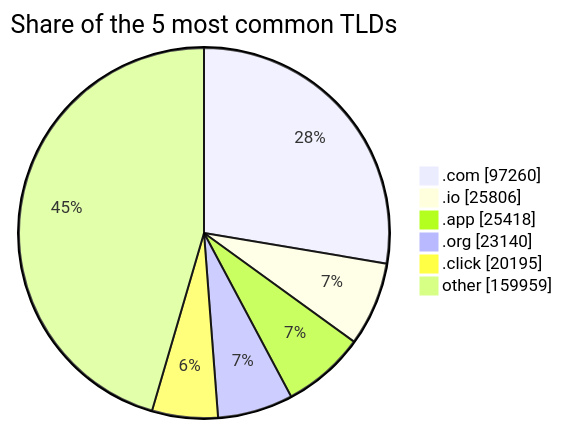
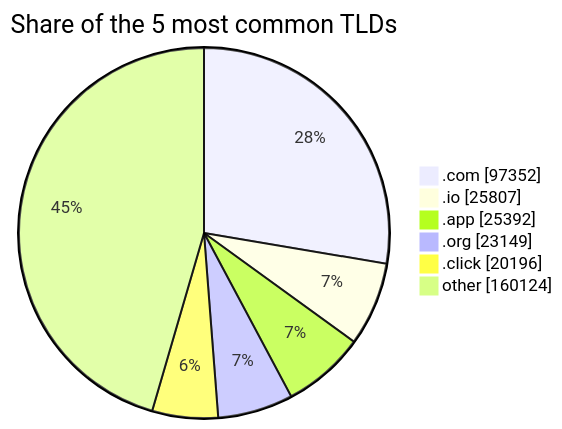
Before and after one commit to DNSBunker/CTI: the third of 3 diagrams in README.md, drawn with Mermaid. The commit also changed other lines of this file and 3 other files, not shown here.

````diff
--- a/README.md
+++ b/README.md
@@ -81,9 +81,9 @@
 ```mermaid
 pie showData title Share of the 5 most common TLDs
-    ".com" : 97260
-    ".io" : 25806
-    ".app" : 25418
-    ".org" : 23140
-    ".click" : 20195
-    "other" : 159959
+    ".com" : 97352
+    ".io" : 25807
+    ".app" : 25392
+    ".org" : 23149
+    ".click" : 20196
+    "other" : 160124
 ```
````
